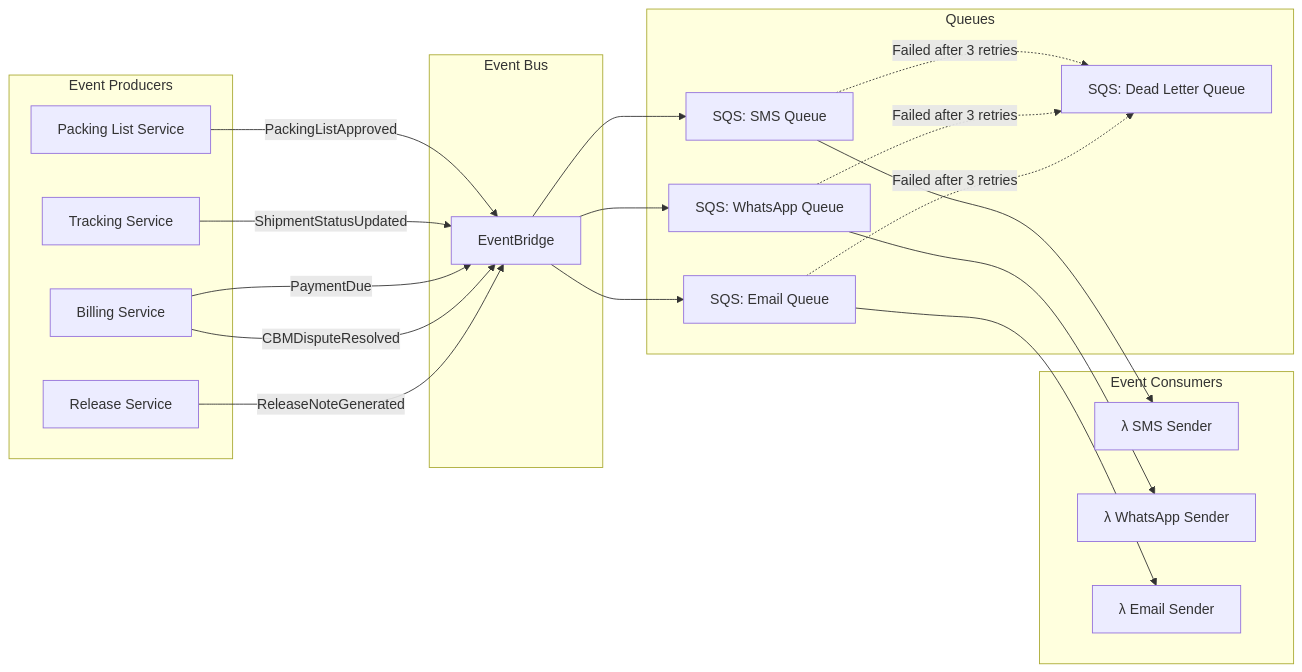
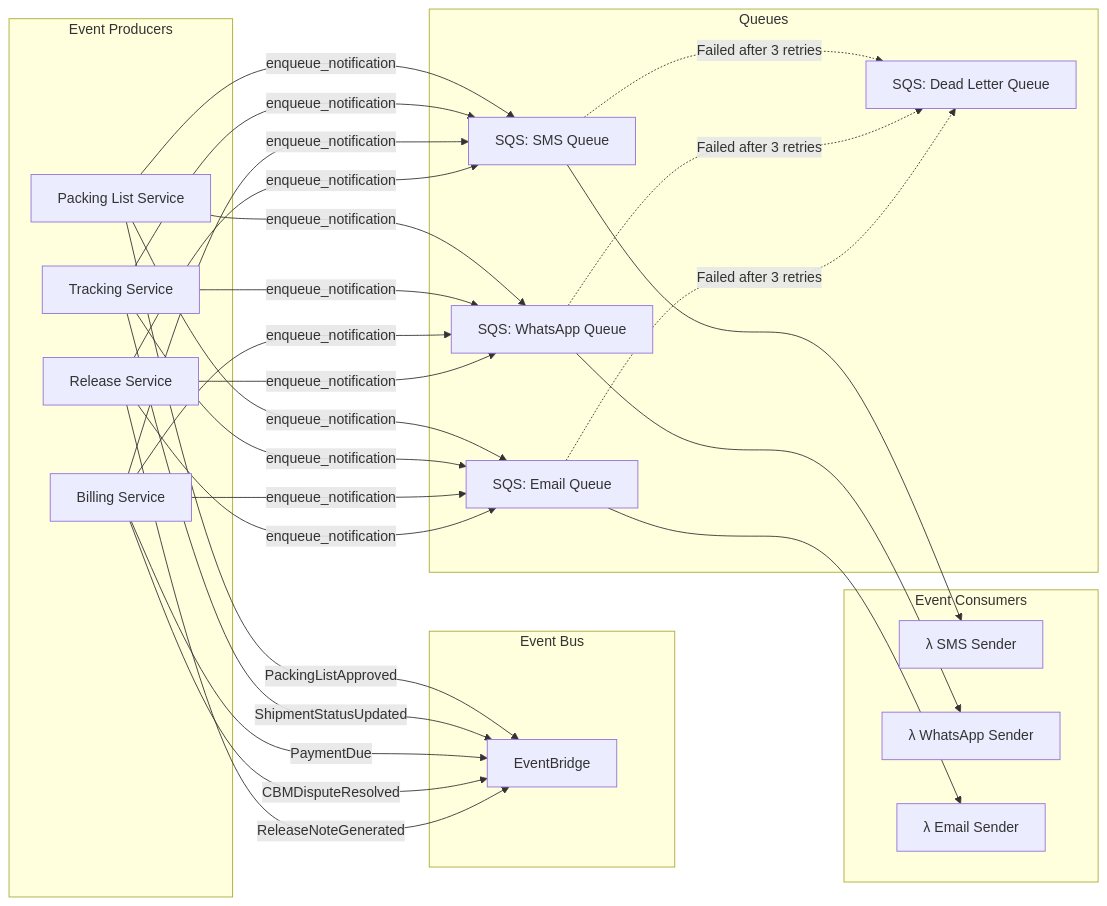
One commit to ifexalex/odum-shipx changed the third of 7 diagrams in docs/project docs/system_design_logistics_management.md. Above: the diagram before and after it, drawn with Mermaid. The commit also changed other lines of this file and 538 other files, not shown here.

````diff
--- a/docs/project docs/system_design_logistics_management.md
+++ b/docs/project docs/system_design_logistics_management.md
@@ -550,38 +565,39 @@
 ```mermaid
 flowchart LR
     subgraph Producers["Event Producers"]
         PL["Packing List Service"]
         TR["Tracking Service"]
         BL["Billing Service"]
         PR["Release Service"]
     end
 
     subgraph Bus["Event Bus"]
         EB["EventBridge"]
     end
 
     subgraph Queues["Queues"]
         SQS_SMS["SQS: SMS Queue"]
         SQS_WA["SQS: WhatsApp Queue"]
         SQS_EMAIL["SQS: Email Queue"]
         SQS_DLQ["SQS: Dead Letter Queue"]
     end
 
     subgraph Consumers["Event Consumers"]
         NT_SMS["λ SMS Sender"]
         NT_WA["λ WhatsApp Sender"]
         NT_EMAIL["λ Email Sender"]
     end
 
     PL -->|PackingListApproved| EB
     TR -->|ShipmentStatusUpdated| EB
     BL -->|PaymentDue| EB
     BL -->|CBMDisputeResolved| EB
     PR -->|ReleaseNoteGenerated| EB
 
-    EB --> SQS_SMS & SQS_WA & SQS_EMAIL
+    %% Corrected 2026-11-17 (BE-09): services enqueue notifications directly; EventBridge does not feed these queues.
+    PL & TR & BL & PR -->|enqueue_notification| SQS_SMS & SQS_WA & SQS_EMAIL
     SQS_SMS --> NT_SMS
     SQS_WA --> NT_WA
     SQS_EMAIL --> NT_EMAIL
     SQS_SMS & SQS_WA & SQS_EMAIL -.->|Failed after 3 retries| SQS_DLQ
 ```
````
